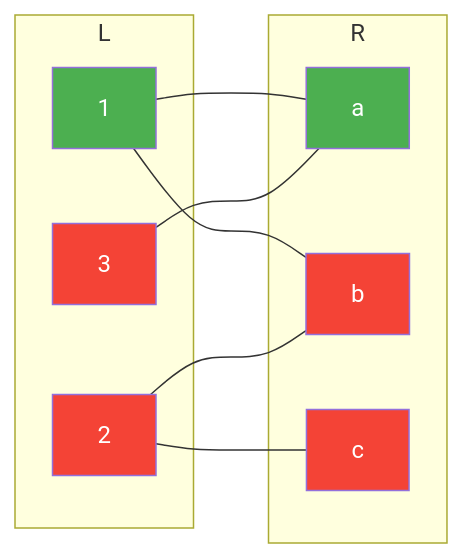
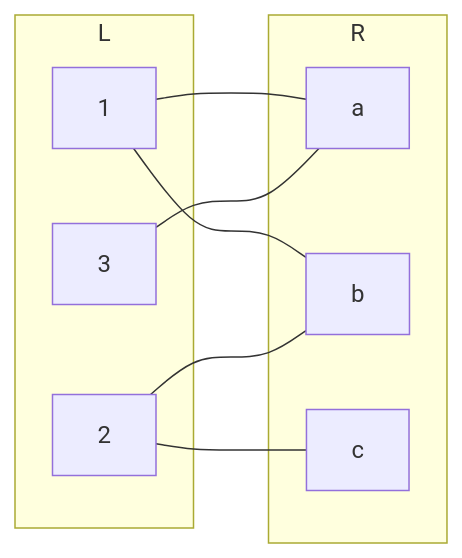
Before and after one commit to FPTOJ-OJ/fptoj_wiki: the fourth of 5 diagrams in docs/lessons/bipartite-matching.md, drawn with Mermaid. The commit also changed other lines of this file and 18 other files, not shown here.

First line of the commit message:
fix: LaTeX errors, mermaid theme switching, remove custom colors

````diff
--- a/docs/lessons/bipartite-matching.md
+++ b/docs/lessons/bipartite-matching.md
@@ -569,24 +559,18 @@
 ```mermaid
 graph LR
     subgraph "L"
         A["1"]
         B["2"]
         C["3"]
     end
     subgraph "R"
         D["a"]
         E["b"]
         F["c"]
     end
     A --- D
     A --- E
     B --- E
     B --- F
     C --- D
-    style A fill:#4CAF50,color:#fff
-    style B fill:#f44336,color:#fff
-    style C fill:#f44336,color:#fff
-    style D fill:#4CAF50,color:#fff
-    style E fill:#f44336,color:#fff
-    style F fill:#f44336,color:#fff
 ```
````
